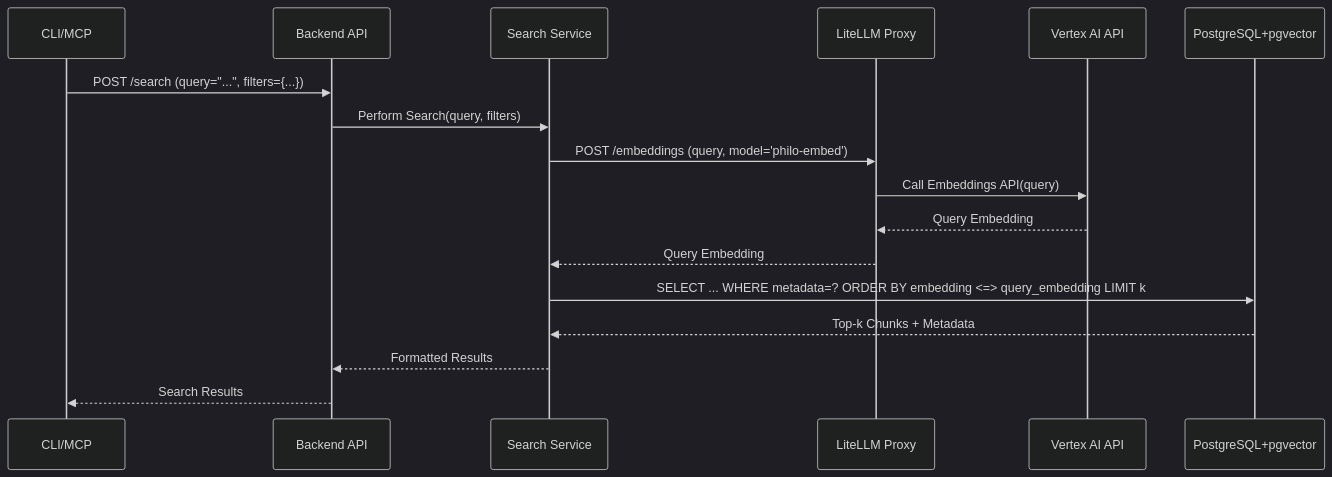
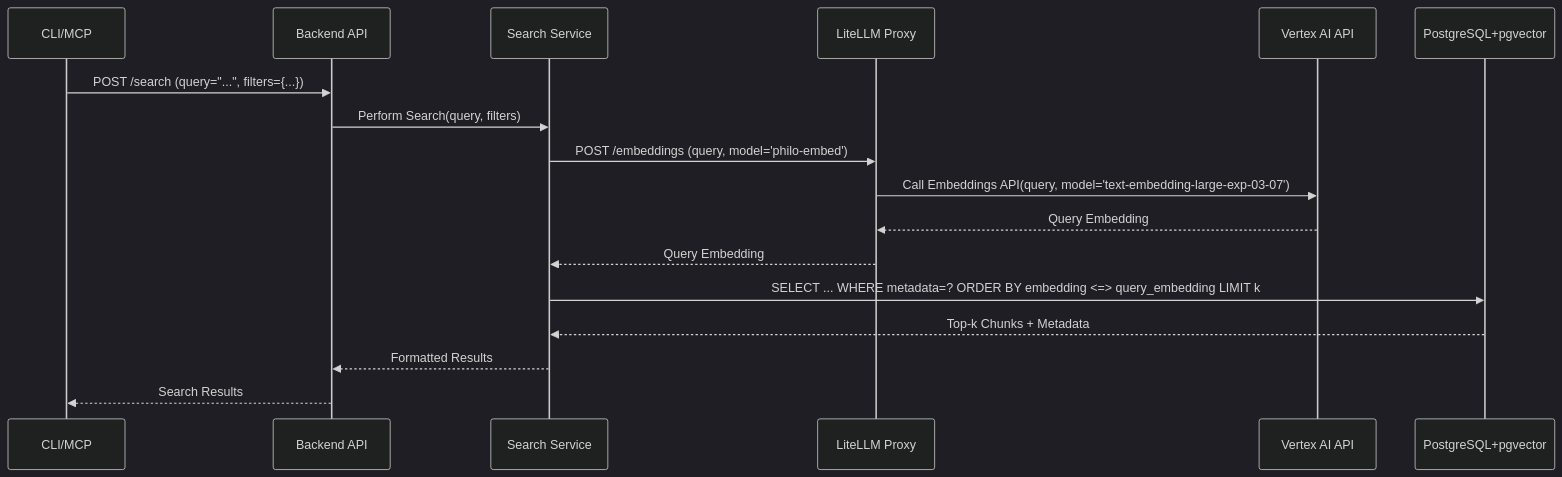
One commit to loganrooks/mcp-vector-database changed the third of 3 diagrams in memory-bank/mode-specific/architect.md. Above: the diagram before and after it, drawn with Mermaid (dark theme). The commit also changed other lines of this file and 2 other files, not shown here.

Commit message:
chore(MB): Add architect feedback documentation and user clarifications for research prompt tool usage and Tier 0 architecture

````diff
--- a/memory-bank/mode-specific/architect.md
+++ b/memory-bank/mode-specific/architect.md
@@ -223,20 +223,20 @@
 ```mermaid
 sequenceDiagram
     participant CLI as CLI/MCP
     participant API as Backend API
     participant SearchSvc as Search Service
     participant LiteProxy as LiteLLM Proxy
     participant VertexAI as Vertex AI API
     participant DB as PostgreSQL+pgvector
 
     CLI->>API: POST /search (query="...", filters={...})
     API->>SearchSvc: Perform Search(query, filters)
     SearchSvc->>LiteProxy: POST /embeddings (query, model='philo-embed')
-    LiteProxy->>VertexAI: Call Embeddings API(query)
+    LiteProxy->>VertexAI: Call Embeddings API(query, model='text-embedding-large-exp-03-07')
     VertexAI-->>LiteProxy: Query Embedding
     LiteProxy-->>SearchSvc: Query Embedding
     SearchSvc->>DB: SELECT ... WHERE metadata=? ORDER BY embedding <=> query_embedding LIMIT k
     DB-->>SearchSvc: Top-k Chunks + Metadata
     SearchSvc-->>API: Formatted Results
     API-->>CLI: Search Results
 ```
````
